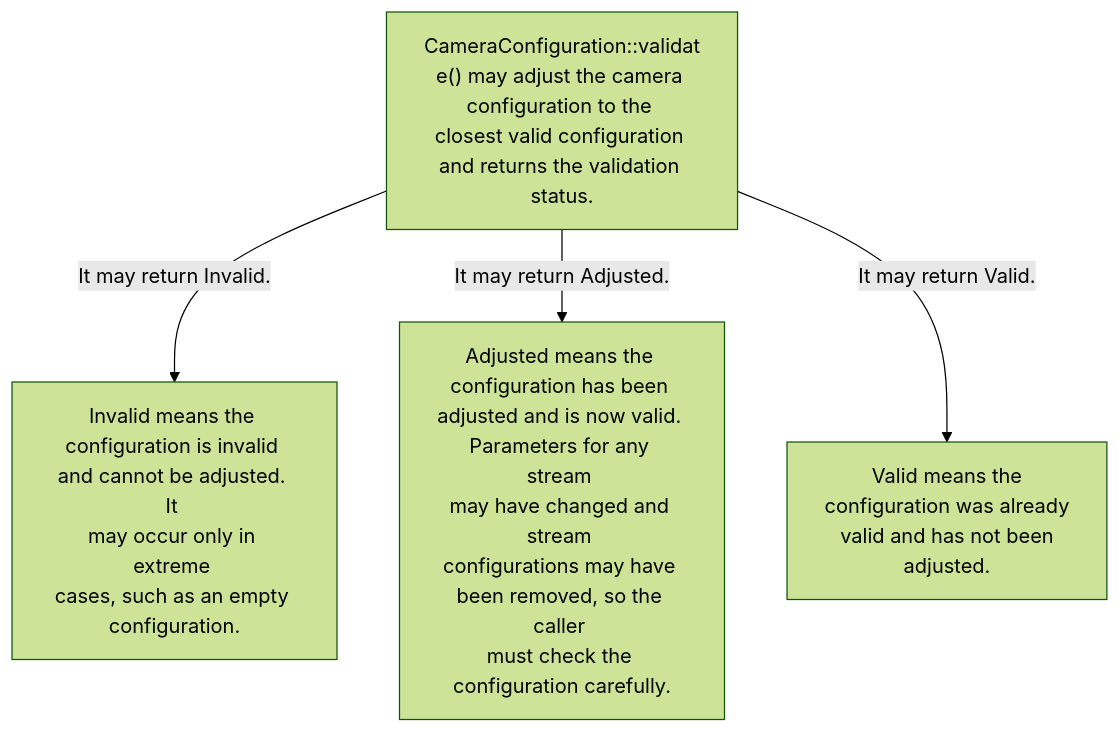
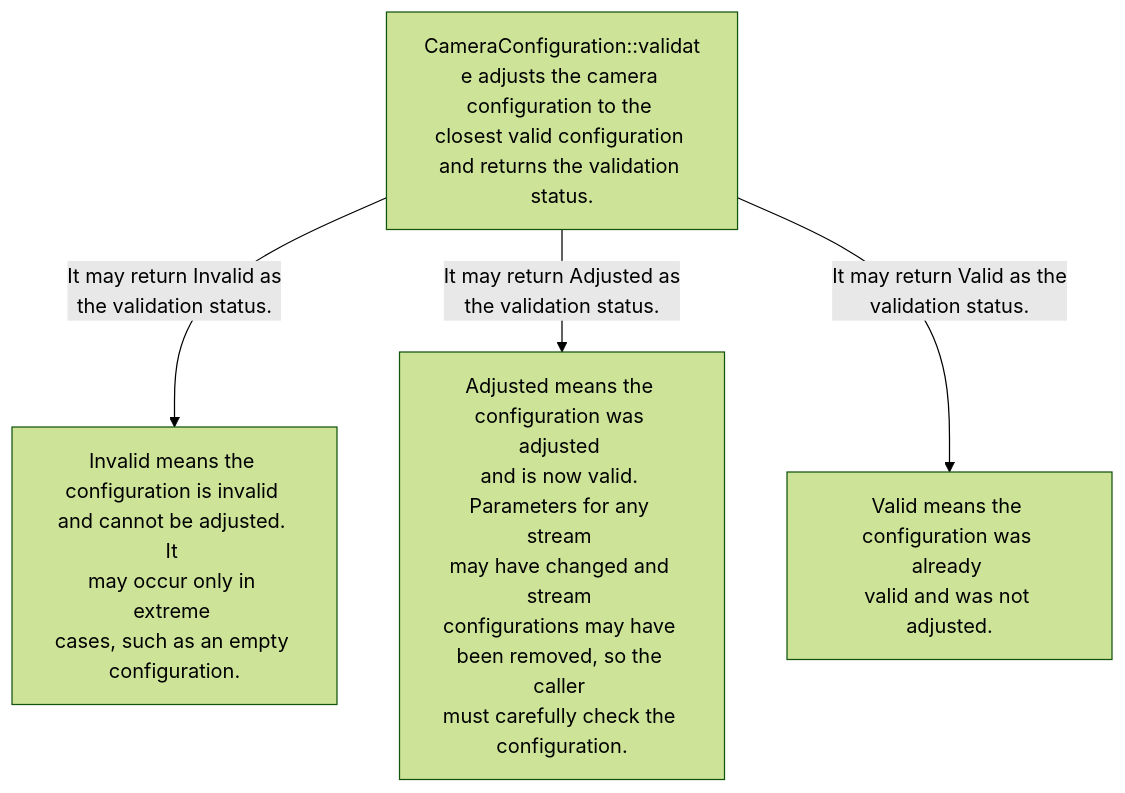
Before and after one commit to TTolsun/libcamera-sdd: the diagram in docs/en/vendor-assurance.validation-results.mmd, drawn with Mermaid (forest theme). The commit also changed 110 other files, not shown here.

```diff
--- a/docs/en/vendor-assurance.validation-results.mmd
+++ b/docs/en/vendor-assurance.validation-results.mmd
@@ -1,9 +1,9 @@
 flowchart TB
 
-  v_n0["CameraConfiguration::validat<br/>e() may adjust the camera <br/>configuration to the <br/>closest valid configuration <br/>and returns the validation <br/>status."]
+  v_n0["CameraConfiguration::validat<br/>e adjusts the camera <br/>configuration to the <br/>closest valid configuration <br/>and returns the validation <br/>status."]
   v_n1["Invalid means the <br/>configuration is invalid <br/>and cannot be adjusted. It <br/>may occur only in extreme <br/>cases, such as an empty <br/>configuration."]
-  v_n2["Adjusted means the <br/>configuration has been <br/>adjusted and is now valid. <br/>Parameters for any stream <br/>may have changed and stream <br/>configurations may have <br/>been removed, so the caller <br/>must check the <br/>configuration carefully."]
-  v_n3["Valid means the <br/>configuration was already <br/>valid and has not been <br/>adjusted."]
-  v_n0 -->|"It may return Invalid."| v_n1
-  v_n0 -->|"It may return Adjusted."| v_n2
-  v_n0 -->|"It may return Valid."| v_n3
+  v_n2["Adjusted means the <br/>configuration was adjusted <br/>and is now valid. <br/>Parameters for any stream <br/>may have changed and stream <br/>configurations may have <br/>been removed, so the caller <br/>must carefully check the <br/>configuration."]
+  v_n3["Valid means the <br/>configuration was already <br/>valid and was not adjusted."]
+  v_n0 -->|"It may return Invalid as <br/>the validation status."| v_n1
+  v_n0 -->|"It may return Adjusted as <br/>the validation status."| v_n2
+  v_n0 -->|"It may return Valid as the <br/>validation status."| v_n3
```
